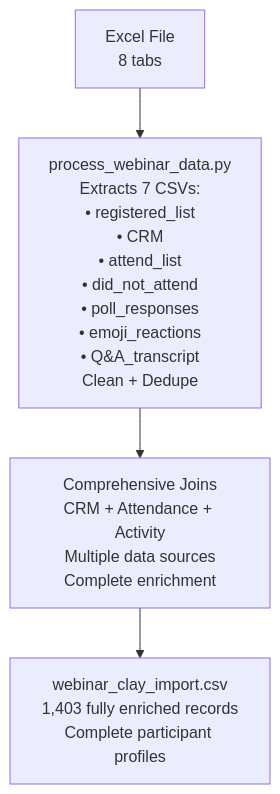
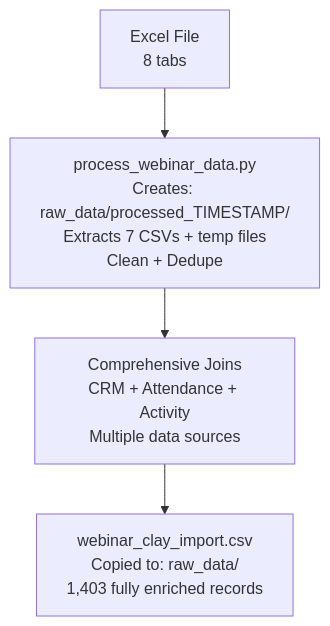
One commit to frankterpo/clay_gtm changed the diagram in README.md. Above: the diagram before and after it, drawn with Mermaid. The commit also changed other lines of this file and 1 other file, not shown here.

````diff
--- a/README.md
+++ b/README.md
@@ -39,6 +39,6 @@
 ```mermaid
 flowchart TD
-    A[Excel File<br/>8 tabs] --> B[process_webinar_data.py<br/>Extracts 7 CSVs:<br/>• registered_list<br/>• CRM<br/>• attend_list<br/>• did_not_attend<br/>• poll_responses<br/>• emoji_reactions<br/>• Q&A_transcript<br/>Clean + Dedupe]
-    B --> C[Comprehensive Joins<br/>CRM + Attendance + Activity<br/>Multiple data sources<br/>Complete enrichment]
-    C --> D[webinar_clay_import.csv<br/>1,403 fully enriched records<br/>Complete participant profiles]
+    A[Excel File<br/>8 tabs] --> B[process_webinar_data.py<br/>Creates: raw_data/processed_TIMESTAMP/<br/>Extracts 7 CSVs + temp files<br/>Clean + Dedupe]
+    B --> C[Comprehensive Joins<br/>CRM + Attendance + Activity<br/>Multiple data sources]
+    C --> D[webinar_clay_import.csv<br/>Copied to: raw_data/<br/>1,403 fully enriched records]
 ```
````
